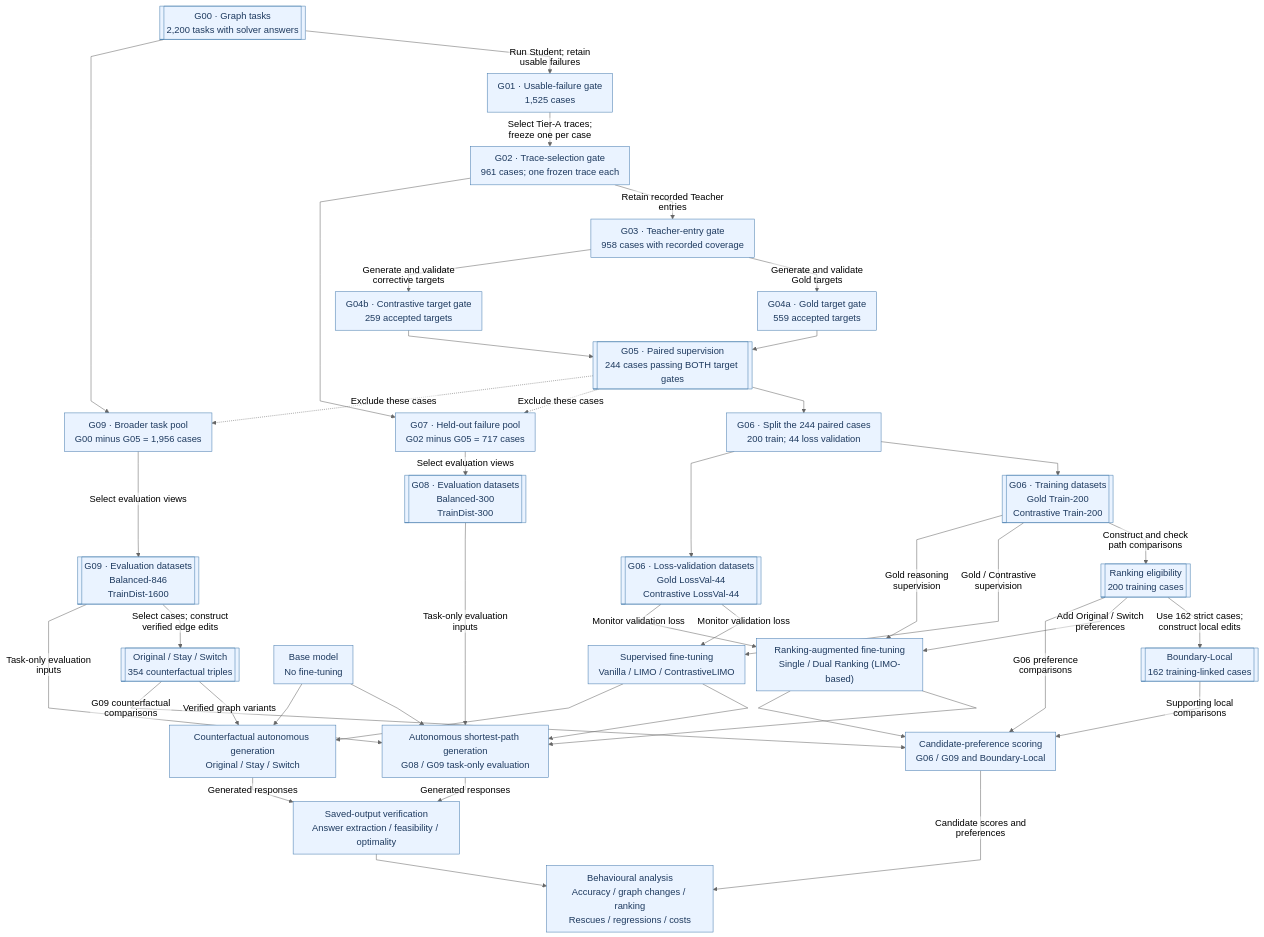
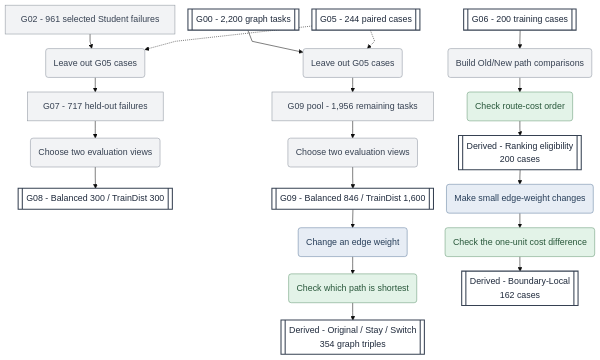
Before and after one commit to MinervaCyy/PathFACT: the second of 3 diagrams in README.md, drawn with Mermaid. The commit also changed other lines of this file, not shown here.

````diff
--- a/README.md
+++ b/README.md
@@ -16,141 +100,50 @@
 ```mermaid
-%%{init: {
-  "theme": "neutral",
-  "themeVariables": {
-    "fontSize": "18px"
-  },
-  "flowchart": {
-    "htmlLabels": false,
-    "curve": "linear",
-    "wrappingWidth": 280,
-    "minNodeWidth": 240,
-    "nodeSpacing": 22,
-    "rankSpacing": 22,
-    "padding": 10
-  }
-}}%%
+%%{init: {"theme": "base", "themeVariables": {"fontSize": "17px"}, "flowchart": {"htmlLabels": false, "curve": "linear", "nodeSpacing": 25, "rankSpacing": 28, "wrappingWidth": 300}}}%%
 flowchart TB
+    G02["G02 - 961 selected Student failures"]
+    G00[["G00 - 2,200 graph tasks"]]
+    G05[["G05 - 244 paired cases"]]
 
-    %% PART A: STUDENT-TEACHER DATA CONSTRUCTION
+    REMOVE08("Leave out G05 cases")
+    G07["G07 - 717 held-out failures"]
+    PICK08("Choose two evaluation views")
+    G08[["G08 - Balanced 300 / TrainDist 300"]]
 
-    G00[["G00 · Graph tasks<br/>2,200 tasks with solver answers"]]
+    REMOVE09("Leave out G05 cases")
+    POOL09["G09 pool - 1,956 remaining tasks"]
+    PICK09("Choose two evaluation views")
+    G09[["G09 - Balanced 846 / TrainDist 1,600"]]
 
-    G01["G01 · Usable-failure gate<br/>1,525 cases"]
-    G02["G02 · Trace-selection gate<br/>961 cases; one frozen trace each"]
-    G03["G03 · Teacher-entry gate<br/>958 cases with recorded coverage"]
+    EDIT("Change an edge weight")
+    CFCHECK("Check which path is shortest")
+    CF[["Derived - Original / Stay / Switch<br/>354 graph triples"]]
 
-    G04A["G04a · Gold target gate<br/>559 accepted targets"]
-    G04B["G04b · Contrastive target gate<br/>259 accepted targets"]
+    TRAIN[["G06 - 200 training cases"]]
+    PREFBUILD("Build Old/New path comparisons")
+    PREFCHECK("Check route-cost order")
+    RANK[["Derived - Ranking eligibility<br/>200 cases"]]
 
-    G05[["G05 · Paired supervision<br/>244 cases passing BOTH target gates"]]
+    LOCAL("Make small edge-weight changes")
+    LOCALCHECK("Check the one-unit cost difference")
+    BOUND[["Derived - Boundary-Local<br/>162 cases"]]
 
-    G00 -->|"Run Student; retain usable failures"| G01
-    G01 -->|"Select Tier-A traces; freeze one per case"| G02
-    G02 -->|"Retain recorded Teacher entries"| G03
+    G02 --> REMOVE08 --> G07 --> PICK08 --> G08
+    G05 -.-> REMOVE08
 
-    G03 -->|"Generate and validate Gold targets"| G04A
-    G03 -->|"Generate and validate corrective targets"| G04B
+    G00 --> REMOVE09 --> POOL09 --> PICK09 --> G09
+    G05 -.-> REMOVE09
 
-    G04A --> G05
-    G04B --> G05
+    G09 --> EDIT --> CFCHECK --> CF
+    TRAIN --> PREFBUILD --> PREFCHECK --> RANK
+    RANK --> LOCAL --> LOCALCHECK --> BOUND
 
-    %% G06: MATCHED TRAINING AND LOSS VALIDATION
+    classDef generator fill:#E7EDF5,stroke:#617E9F,color:#263D58
+    classDef verifier fill:#E3F3E8,stroke:#649773,color:#28573A
+    classDef python fill:#F2F3F5,stroke:#8A929C,color:#364152
+    classDef dataset fill:#FFFFFF,stroke:#364152,color:#1E293B,stroke-width:2px
 
-    G06["G06 · Split the 244 paired cases<br/>200 train; 44 loss validation"]
-
-    TRAIN[["G06 · Training datasets<br/>Gold Train-200<br/>Contrastive Train-200"]]
-
-    VAL[["G06 · Loss-validation datasets<br/>Gold LossVal-44<br/>Contrastive LossVal-44"]]
-
-    G05 --> G06
-    G06 --> TRAIN
-    G06 --> VAL
-
-    %% EVALUATION DATASET CONSTRUCTION
-
-    G07["G07 · Held-out failure pool<br/>G02 minus G05 = 717 cases"]
-
-    POOL09["G09 · Broader task pool<br/>G00 minus G05 = 1,956 cases"]
-
-    G08[["G08 · Evaluation datasets<br/>Balanced-300<br/>TrainDist-300"]]
-
-    G09[["G09 · Evaluation datasets<br/>Balanced-846<br/>TrainDist-1600"]]
-
-    G02 --> G07
-    G05 -.->|"Exclude these cases"| G07
-
-    G00 --> POOL09
-    G05 -.->|"Exclude these cases"| POOL09
-
-    G07 -->|"Select evaluation views"| G08
-    POOL09 -->|"Select evaluation views"| G09
-
-    %% DERIVED DATASETS
-
-    RANK[["Ranking eligibility<br/>200 training cases"]]
-
-    BOUNDARY[["Boundary-Local<br/>162 training-linked cases"]]
-
-    CF[["Original / Stay / Switch<br/>354 counterfactual triples"]]
-
-    TRAIN -->|"Construct and check path comparisons"| RANK
-    RANK -->|"Use 162 strict cases; construct local edits"| BOUNDARY
-
-    G09 -->|"Select cases; construct verified edge edits"| CF
-
-    %% PART B: MODEL TRAINING
-    %% EXTERNAL RESEARCHER-MANAGED ENVIRONMENT
-
-    BASE["Base model<br/>No fine-tuning"]
-
-    SFT["Supervised fine-tuning<br/>Vanilla / LIMO / ContrastiveLIMO"]
-
-    RANKTRAIN["Ranking-augmented fine-tuning<br/>Single / Dual Ranking (LIMO-based)"]
-
-    TRAIN -->|"Gold / Contrastive supervision"| SFT
-    VAL -->|"Monitor validation loss"| SFT
-
-    TRAIN -->|"Gold reasoning supervision"| RANKTRAIN
-    RANK -->|"Add Original / Switch preferences"| RANKTRAIN
-    VAL -->|"Monitor validation loss"| RANKTRAIN
-
-    %% PART C: MODEL-DEPENDENT EVALUATION
-
-    TASK_EVAL["Autonomous shortest-path generation<br/>G08 / G09 task-only evaluation"]
-
-    CF_EVAL["Counterfactual autonomous generation<br/>Original / Stay / Switch"]
-
-    PREF_EVAL["Candidate-preference scoring<br/>G06 / G09 and Boundary-Local"]
-
-    BASE --> TASK_EVAL
-    SFT --> TASK_EVAL
-    RANKTRAIN --> TASK_EVAL
-
-    G08 -->|"Task-only evaluation inputs"| TASK_EVAL
-    G09 -->|"Task-only evaluation inputs"| TASK_EVAL
-
-    BASE --> CF_EVAL
-    SFT --> CF_EVAL
-    CF -->|"Verified graph variants"| CF_EVAL
-
-    RANKTRAIN --> PREF_EVAL
-    RANK -->|"G06 preference comparisons"| PREF_EVAL
-    CF -->|"G09 counterfactual comparisons"| PREF_EVAL
-    BOUNDARY -->|"Supporting local comparisons"| PREF_EVAL
-
-    %% PART D: VERIFICATION AND ANALYSIS
-
-    VERIFY["Saved-output verification<br/>Answer extraction / feasibility / optimality"]
-
-    ANALYSIS["Behavioural analysis<br/>Accuracy / graph changes / ranking<br/>Rescues / regressions / costs"]
-
-    TASK_EVAL -->|"Generated responses"| VERIFY
-    CF_EVAL -->|"Generated responses"| VERIFY
-
-    VERIFY --> ANALYSIS
-    PREF_EVAL -->|"Candidate scores and preferences"| ANALYSIS
-
-    %% SHARED NODE STYLE
-
-    classDef default fill:#EAF3FF,stroke:#477CAF,color:#1E3A5F
+    class EDIT,LOCAL generator
+    class CFCHECK,PREFCHECK,LOCALCHECK verifier
+    class G02,G07,POOL09,REMOVE08,REMOVE09,PICK08,PICK09,PREFBUILD python
+    class G00,G05,G08,G09,TRAIN,CF,RANK,BOUND dataset
 ```
````
